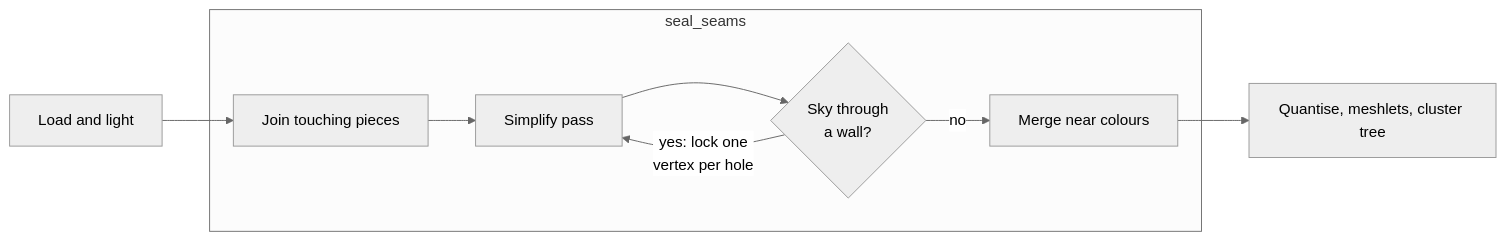
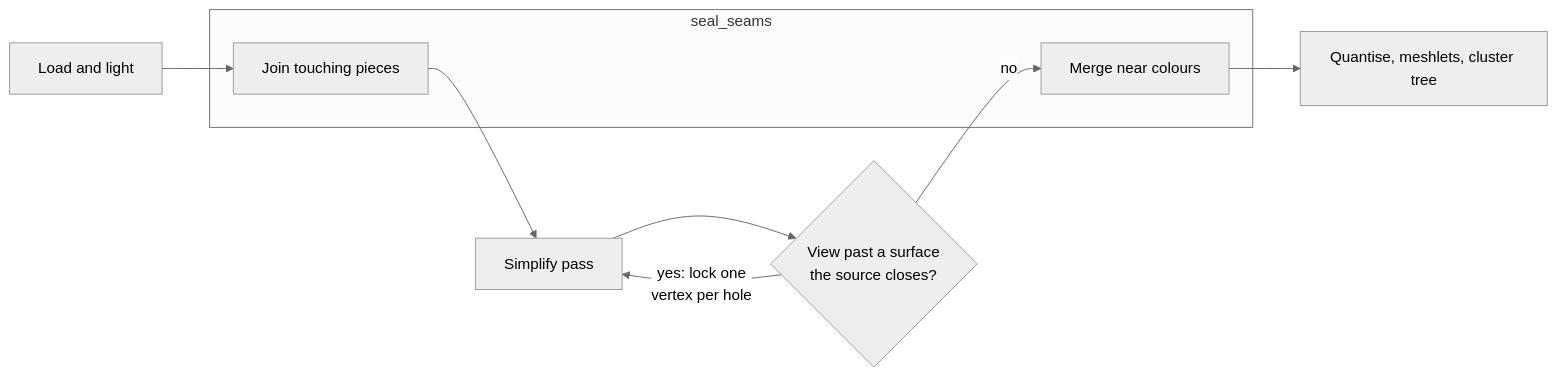
The second of 3 diagrams in docs/render/offline/Mesh-Import.md (jose-villegas/autana), drawn with Mermaid (neutral theme) before and after one commit. The commit also changed other lines of this file and 1 other file, not shown here.

````diff
--- a/docs/render/offline/Mesh-Import.md
+++ b/docs/render/offline/Mesh-Import.md
@@ -416,15 +417,13 @@
 ```mermaid
 flowchart LR
     load[Load and light] --> join[Join touching pieces]
     join --> pass[Simplify pass]
-    pass --> probe{Sky through<br/>a wall?}
+    pass --> probe{View past a surface<br/>the source closes?}
     probe -- "yes: lock one<br/>vertex per hole" --> pass
     probe -- no --> merge[Merge near colours]
     merge --> bake[Quantise, meshlets, cluster tree]
     subgraph seal_seams
         join
-        pass
-        probe
         merge
     end
 ```
````
